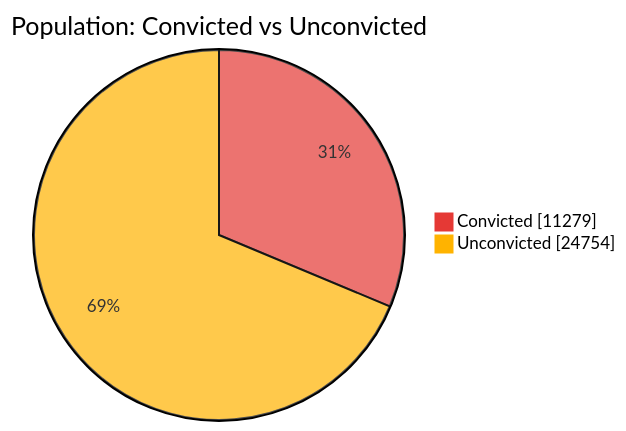
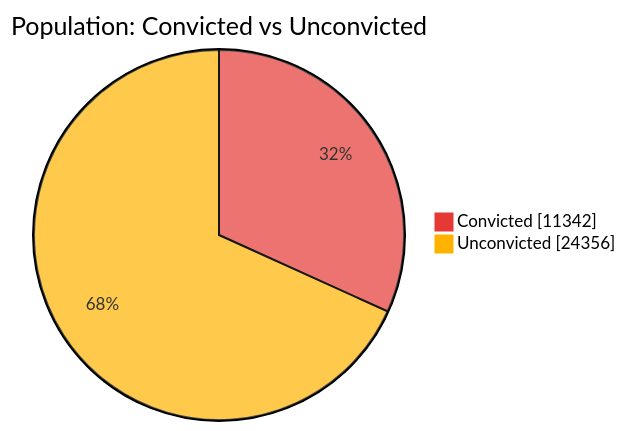
Before and after one commit to nuuuwan/lk_prisons: the first of 7 diagrams in README.md, drawn with Mermaid. The commit also changed other lines of this file and 1 other file, not shown here.

````diff
--- a/README.md
+++ b/README.md
@@ -43,6 +43,6 @@
 ```mermaid
 %%{init: {'themeVariables': {'pie1': '#E53935', 'pie2': '#FFB300'}}}%%
 pie showData title Population: Convicted vs Unconvicted
-    "Convicted" : 11279
-    "Unconvicted" : 24754
+    "Convicted" : 11342
+    "Unconvicted" : 24356
 ```
````
